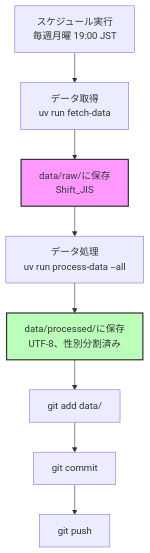
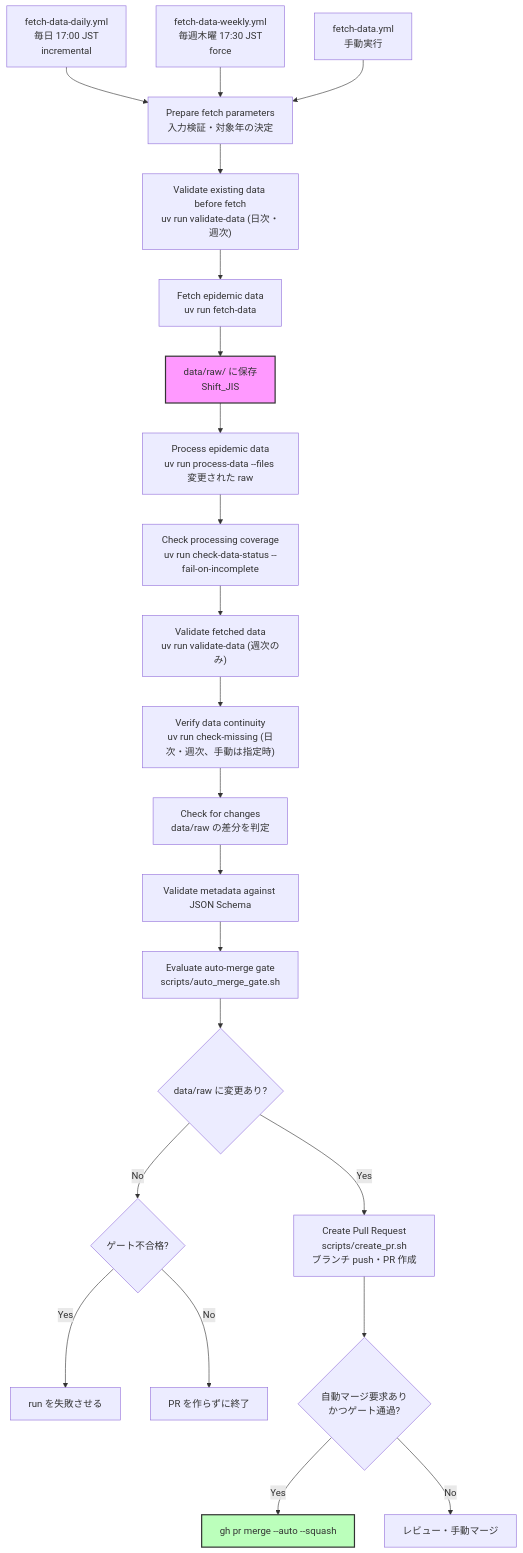
Before and after one commit to kambarakun/fetch-tokyo-idsc-github-actions: the second of 4 diagrams in docs/data_structure_design.md, drawn with Mermaid. The commit also changed other lines of this file and 7 other files, not shown here.

````diff
--- a/docs/data_structure_design.md
+++ b/docs/data_structure_design.md
@@ -237,13 +258,27 @@
 ```mermaid
 flowchart TD
-    Schedule[スケジュール実行<br/>毎週月曜 19:00 JST] --> Fetch[データ取得<br/>uv run fetch-data]
-    Fetch --> SaveRaw[data/raw/に保存<br/>Shift_JIS]
-    SaveRaw --> Process[データ処理<br/>uv run process-data --all]
-    Process --> SaveProcessed[data/processed/に保存<br/>UTF-8、性別分割済み]
-    SaveProcessed --> GitAdd[git add data/]
-    GitAdd --> GitCommit[git commit]
-    GitCommit --> GitPush[git push]
+    Daily["fetch-data-daily.yml<br/>毎日 17:00 JST<br/>incremental"] --> Params
+    Weekly["fetch-data-weekly.yml<br/>毎週木曜 17:30 JST<br/>force"] --> Params
+    Manual["fetch-data.yml<br/>手動実行"] --> Params
+    Params["Prepare fetch parameters<br/>入力検証・対象年の決定"] --> ValBefore["Validate existing data before fetch<br/>uv run validate-data (日次・週次)"]
+    ValBefore --> Fetch["Fetch epidemic data<br/>uv run fetch-data"]
+    Fetch --> SaveRaw["data/raw/ に保存<br/>Shift_JIS"]
+    SaveRaw --> Process["Process epidemic data<br/>uv run process-data --files 変更された raw"]
+    Process --> Coverage["Check processing coverage<br/>uv run check-data-status --fail-on-incomplete"]
+    Coverage --> ValAfter["Validate fetched data<br/>uv run validate-data (週次のみ)"]
+    ValAfter --> Continuity["Verify data continuity<br/>uv run check-missing (日次・週次、手動は指定時)"]
+    Continuity --> Changes["Check for changes<br/>data/raw の差分を判定"]
+    Changes --> Schema["Validate metadata against JSON Schema"]
+    Schema --> Gate["Evaluate auto-merge gate<br/>scripts/auto_merge_gate.sh"]
+    Gate --> HasChanges{"data/raw に変更あり?"}
+    HasChanges -->|Yes| CreatePR["Create Pull Request<br/>scripts/create_pr.sh<br/>ブランチ push・PR 作成"]
+    HasChanges -->|No| Blocked{"ゲート不合格?"}
+    Blocked -->|Yes| FailRun["run を失敗させる"]
+    Blocked -->|No| NoPR["PR を作らずに終了"]
+    CreatePR --> Merge{"自動マージ要求あり<br/>かつゲート通過?"}
+    Merge -->|Yes| AutoMerge["gh pr merge --auto --squash"]
+    Merge -->|No| Review["レビュー・手動マージ"]
 
     style SaveRaw fill:#f9f,stroke:#333,stroke-width:2px
-    style SaveProcessed fill:#bfb,stroke:#333,stroke-width:2px
+    style AutoMerge fill:#bfb,stroke:#333,stroke-width:2px
 ```
````
